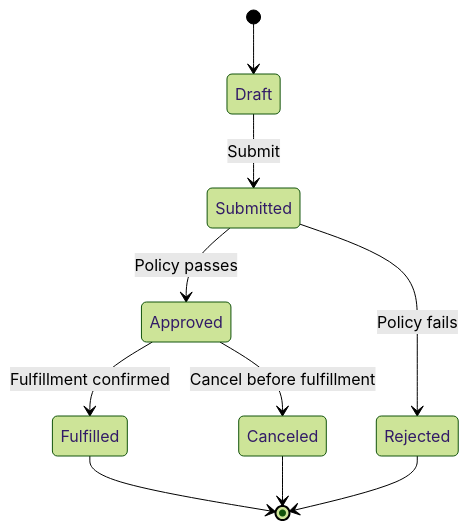
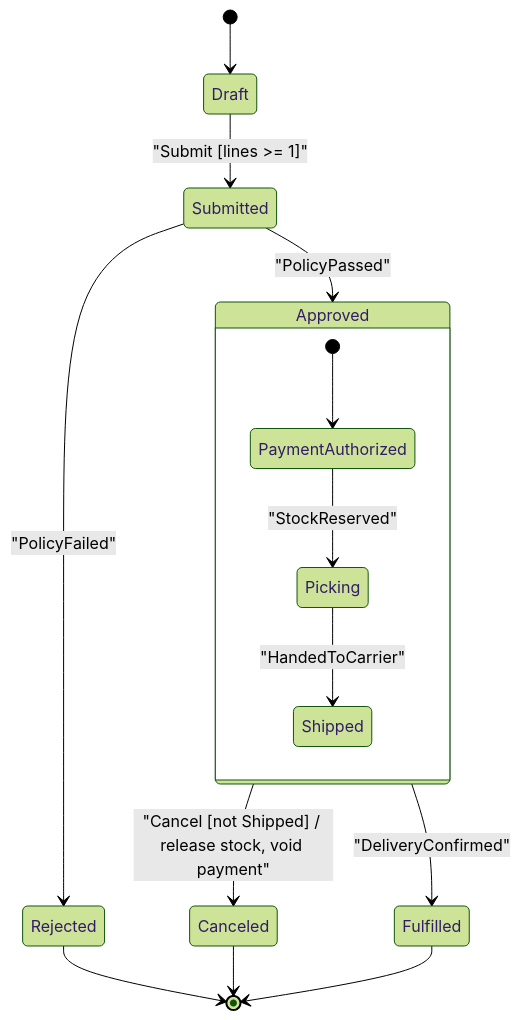
Before and after one commit to joydasss/Architect: the sixth of 10 diagrams in 21_Architecture_Documentation/CH02_UML.md, drawn with Mermaid (forest theme). The commit also changed other lines of this file and 22 other files, not shown here.

Commit message:
Architecture changes

````diff
--- a/21_Architecture_Documentation/CH02_UML.md
+++ b/21_Architecture_Documentation/CH02_UML.md
@@ -89,12 +273,17 @@
 ```mermaid
 stateDiagram-v2
     [*] --> Draft
-    Draft --> Submitted: Submit
-    Submitted --> Approved: Policy passes
-    Submitted --> Rejected: Policy fails
-    Approved --> Fulfilled: Fulfillment confirmed
-    Approved --> Canceled: Cancel before fulfillment
-    Fulfilled --> [*]
+    Draft --> Submitted: "Submit [lines >= 1]"
+    Submitted --> Approved: "PolicyPassed"
+    Submitted --> Rejected: "PolicyFailed"
+    state Approved {
+        [*] --> PaymentAuthorized
+        PaymentAuthorized --> Picking: "StockReserved"
+        Picking --> Shipped: "HandedToCarrier"
+    }
+    Approved --> Canceled: "Cancel [not Shipped] / release stock, void payment"
+    Approved --> Fulfilled: "DeliveryConfirmed"
     Rejected --> [*]
     Canceled --> [*]
+    Fulfilled --> [*]
 ```
````
